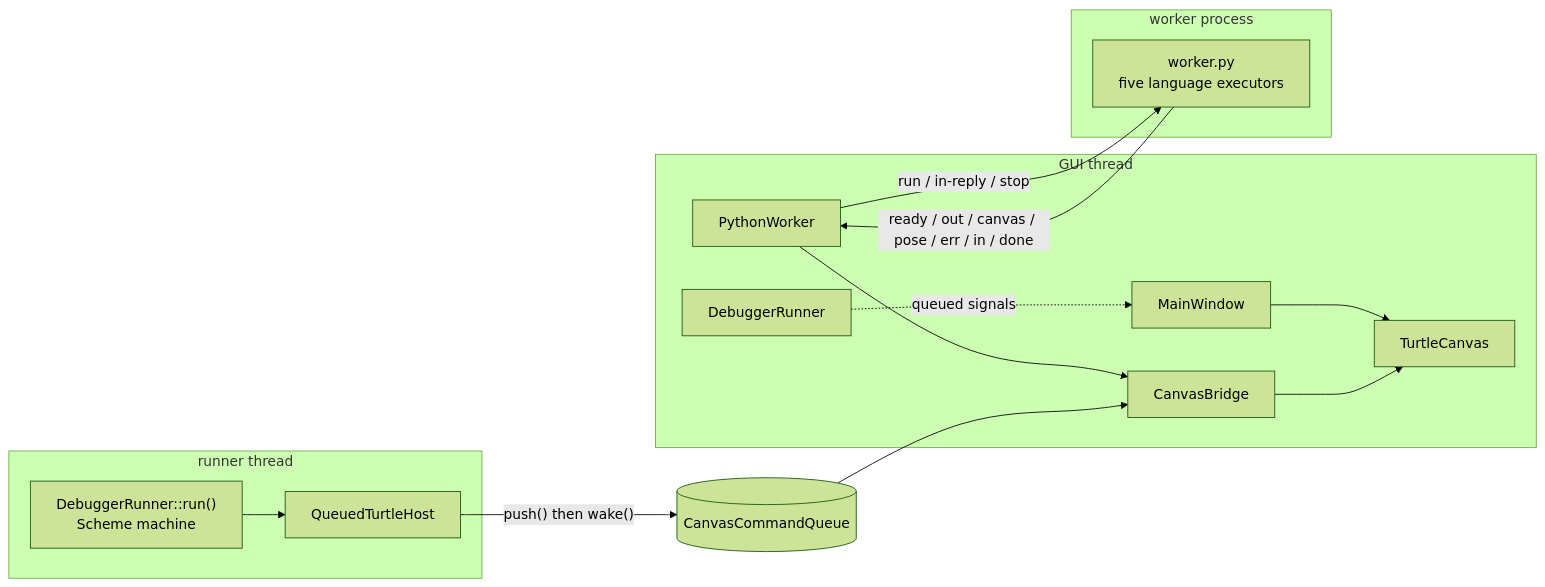
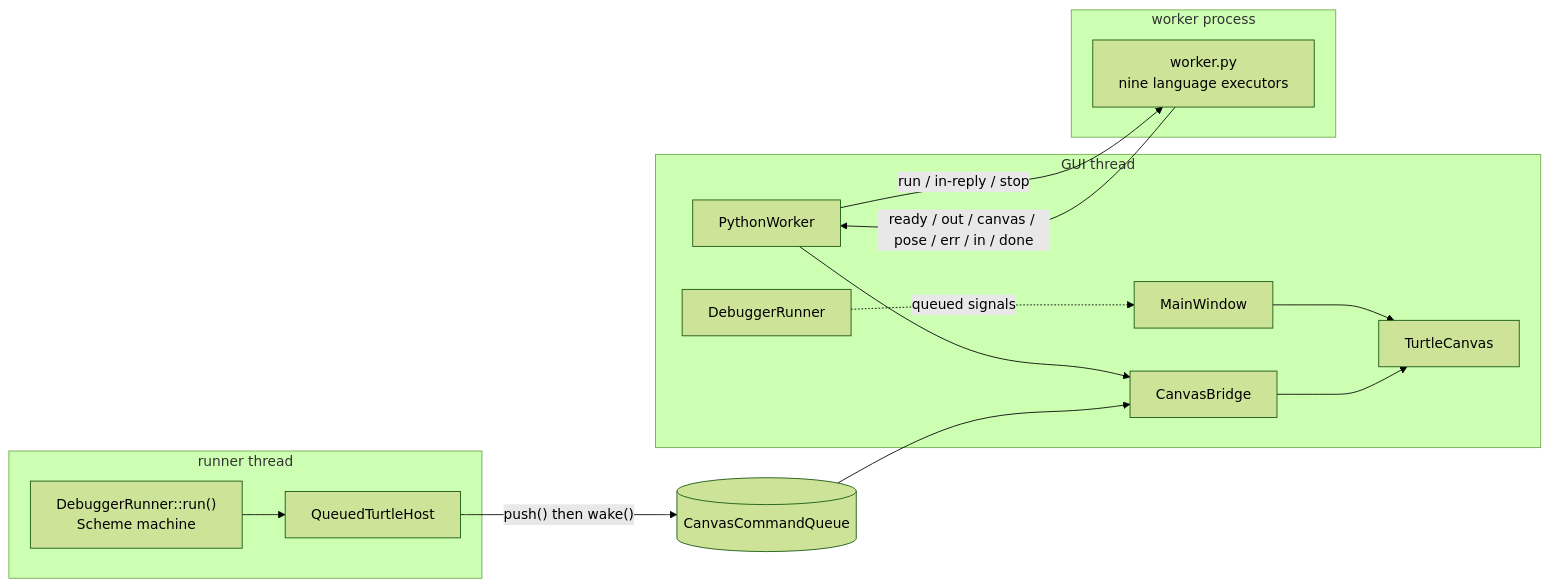
The diagram in docs/ARCHITECTURE.md (James-HoneyBadger/Time_Warp_Studio), drawn with Mermaid (forest theme) before and after one commit. The commit also changed other lines of this file and 19 other files, not shown here.

````diff
--- a/docs/ARCHITECTURE.md
+++ b/docs/ARCHITECTURE.md
@@ -86,19 +86,19 @@
 ```mermaid
 flowchart LR
     subgraph GUI["GUI thread"]
         W[MainWindow] --> C[TurtleCanvas]
         B[CanvasBridge] --> C
         PW[PythonWorker] --> B
         DR[DebuggerRunner] -. queued signals .-> W
     end
     subgraph RT["runner thread"]
         DR2["DebuggerRunner::run()<br/>Scheme machine"] --> H[QueuedTurtleHost]
     end
     subgraph PP["worker process"]
-        WK["worker.py<br/>five language executors"]
+        WK["worker.py<br/>nine language executors"]
     end
     H -- "push() then wake()" --> Q[(CanvasCommandQueue)]
     Q --> B
     PW -- "run / in-reply / stop" --> WK
     WK -- "ready / out / canvas / pose / err / in / done" --> PW
 ```
````
